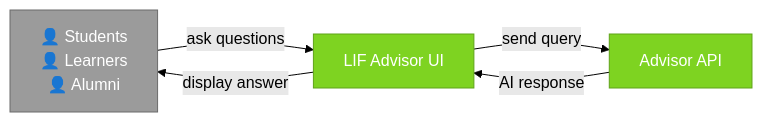
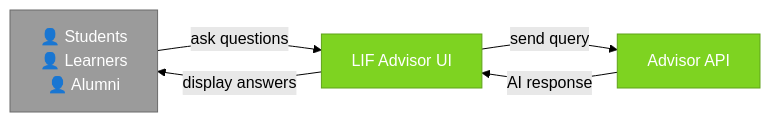
The eighth of 16 diagrams in docs/lif_services_overview.md (LIF-Initiative/lif-core), drawn with Mermaid (forest theme) before and after one commit. The commit also changed other lines of this file, not shown here.

Commit message:
docs: update more diagrams

````diff
--- a/docs/lif_services_overview.md
+++ b/docs/lif_services_overview.md
@@ -344,17 +338,17 @@
 ```mermaid
 graph LR
     Students[👤 Students<br/> 👤 Learners<br/> 👤 Alumni]
     AdvisorUI[LIF Advisor UI]
     Advisor[Advisor API]
     
     Students -->|ask questions| AdvisorUI
     AdvisorUI -->|send query| Advisor
     Advisor -->|AI response| AdvisorUI
-    AdvisorUI -->|display answer| Students
+    AdvisorUI -->|display answers| Students
     
     classDef intelStyle fill:#7ED321,stroke:#5FA319,color:#fff
     classDef extStyle fill:#9B9B9B,stroke:#6B6B6B,color:#fff
     
     class AdvisorUI,Advisor intelStyle
     class Students extStyle
 ```
````
